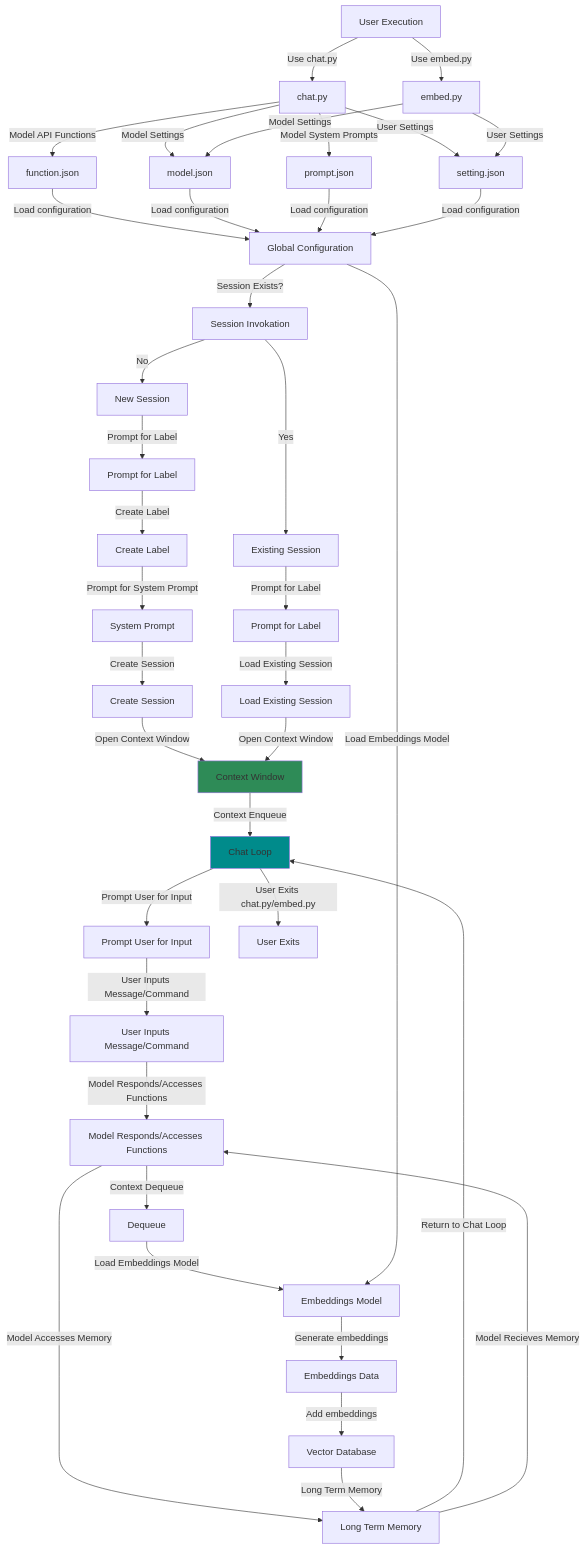
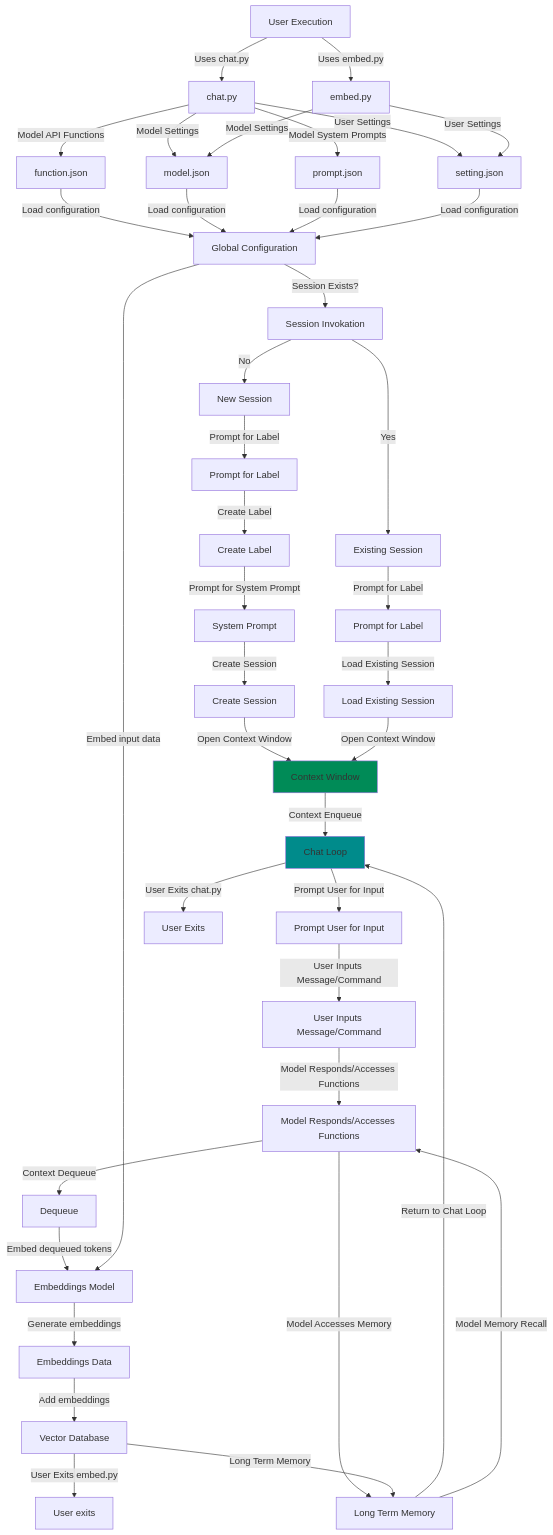
The diagram in docs/mermaid/overview.mmd (teleprint-me/py.gpt.prompt), drawn with Mermaid before and after one commit. The commit also changed 1 other file, not shown here.

Commit message:
docs: Add revisions to overview and settings

```diff
--- a/docs/mermaid/overview.mmd
+++ b/docs/mermaid/overview.mmd
@@ -1,40 +1,41 @@
 graph TB
-  U["User Execution"] -- "Use chat.py" --> CP["chat.py"]
-  CP -- "Model API Functions" --> MF["function.json"]
-  CP -- "Model Settings" --> MC["model.json"]
-  CP -- "Model System Prompts" --> MP["prompt.json"]
-  CP -- "User Settings" --> US["setting.json"]
-  MF -- "Load configuration" --> GC[Global Configuration]
-  MC -- "Load configuration" --> GC[Global Configuration]
-  MP -- "Load configuration" --> GC[Global Configuration]
-  US -- "Load configuration" --> GC[Global Configuration]
-  GC -- "Session Exists?" --> SE[Session Invokation]
-  SE -- "No" --> NS[New Session]
-  NS -- "Prompt for Label" --> PL[Prompt for Label]
-  PL -- "Create Label" --> CL[Create Label]
-  CL -- "Prompt for System Prompt" --> SP[System Prompt]
-  SP -- "Create Session" --> CS[Create Session]
-  CS -- "Open Context Window" --> CW[Context Window]
-  CW -- "Context Enqueue" --> CLP[Chat Loop]
-  CLP -- "Prompt User for Input" --> PUI[Prompt User for Input]
-  PUI -- "User Inputs Message/Command" --> UIMC[User Inputs Message/Command]
-  UIMC -- "Model Responds/Accesses Functions" --> MRAF[Model Responds/Accesses Functions]
-  MRAF -- "Context Dequeue" --> DQ[Dequeue]
-  MRAF -- "Model Accesses Memory" --> LTM
-  DQ -- "Load Embeddings Model" --> LEM[Embeddings Model]
-  LEM -- "Generate embeddings" --> EBD[Embeddings Data]
-  EBD -- "Add embeddings" --> VDB[Vector Database]
-  VDB -- "Long Term Memory" --> LTM[Long Term Memory]
-  LTM -- "Return to Chat Loop" --> CLP
-  LTM -- "Model Recieves Memory" --> MRAF
-  CLP -- "User Exits chat.py/embed.py" --> UE[User Exits]
-  SE -- "Yes" --> ES[Existing Session]
-  ES -- "Prompt for Label" --> PL2[Prompt for Label]
-  PL2 -- "Load Existing Session" --> LES[Load Existing Session]
-  LES -- "Open Context Window" --> CW
-  U -- "Use embed.py" --> IP["embed.py"]
-  IP -- "Model Settings" --> MC["model.json"]
-  IP -- "User Settings" --> US["setting.json"]
-  GC -- "Load Embeddings Model" --> LEM
-  style CW fill:#2E8B57
-  style CLP fill:#008B8B
+  userExec["User Execution"] -- "Uses chat.py" --> chatPy["chat.py"]
+  userExec -- "Uses embed.py" --> embedPy["embed.py"]
+  chatPy -- "Model API Functions" --> functionJson["function.json"]
+  chatPy -- "Model Settings" --> modelJson["model.json"]
+  chatPy -- "Model System Prompts" --> promptJson["prompt.json"]
+  chatPy -- "User Settings" --> settingJson["setting.json"]
+  functionJson -- "Load configuration" --> globalConfig[Global Configuration]
+  modelJson -- "Load configuration" --> globalConfig
+  promptJson -- "Load configuration" --> globalConfig
+  settingJson -- "Load configuration" --> globalConfig
+  globalConfig -- "Session Exists?" --> sessionInvokation[Session Invokation]
+  sessionInvokation -- "No" --> newSession[New Session]
+  newSession -- "Prompt for Label" --> promptLabel[Prompt for Label]
+  promptLabel -- "Create Label" --> createLabel[Create Label]
+  createLabel -- "Prompt for System Prompt" --> systemPrompt[System Prompt]
+  systemPrompt -- "Create Session" --> createSession[Create Session]
+  createSession -- "Open Context Window" --> contextWindow[Context Window]
+  contextWindow -- "Context Enqueue" --> chatLoop[Chat Loop]
+  chatLoop -- "Prompt User for Input" --> promptInput[Prompt User for Input]
+  promptInput -- "User Inputs Message/Command" --> userInputMsgCmd[User Inputs Message/Command]
+  userInputMsgCmd -- "Model Responds/Accesses Functions" --> modelResponds[Model Responds/Accesses Functions]
+  modelResponds -- "Context Dequeue" --> dequeue[Dequeue]
+  modelResponds -- "Model Accesses Memory" --> longTermMemory[Long Term Memory]
+  dequeue -- "Embed dequeued tokens" --> embeddingsModel[Embeddings Model]
+  embeddingsModel -- "Generate embeddings" --> embeddingsData[Embeddings Data]
+  embeddingsData -- "Add embeddings" --> vectorDb[Vector Database]
+  vectorDb -- "User Exits embed.py" --> userExitEmbed[User exits]
+  vectorDb -- "Long Term Memory" --> longTermMemory
+  longTermMemory -- "Return to Chat Loop" --> chatLoop
+  longTermMemory -- "Model Memory Recall" --> modelResponds
+  chatLoop -- "User Exits chat.py" --> userExit[User Exits]
+  sessionInvokation -- "Yes" --> existingSession[Existing Session]
+  existingSession -- "Prompt for Label" --> promptLabel2[Prompt for Label]
+  promptLabel2 -- "Load Existing Session" --> loadExistingSession[Load Existing Session]
+  loadExistingSession -- "Open Context Window" --> contextWindow
+  embedPy -- "Model Settings" --> modelJson
+  embedPy -- "User Settings" --> settingJson
+  globalConfig -- "Embed input data" --> embeddingsModel
+  style contextWindow fill:#008B57
+  style chatLoop fill:#008B8B
```
